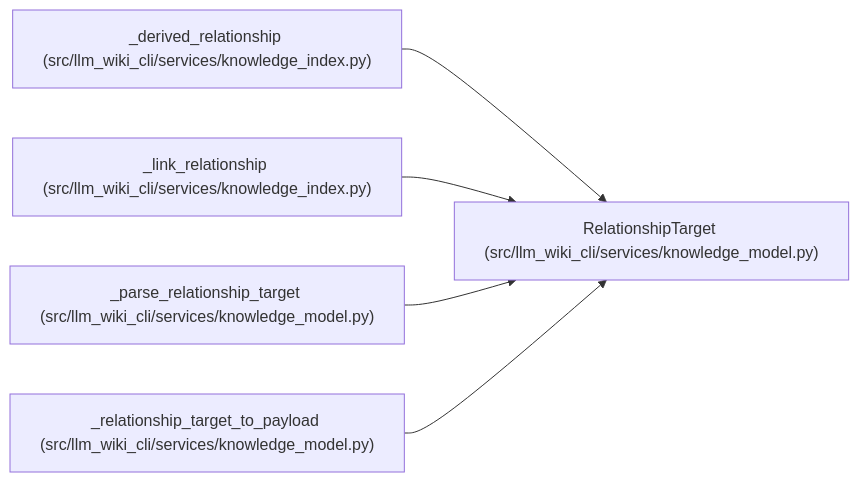
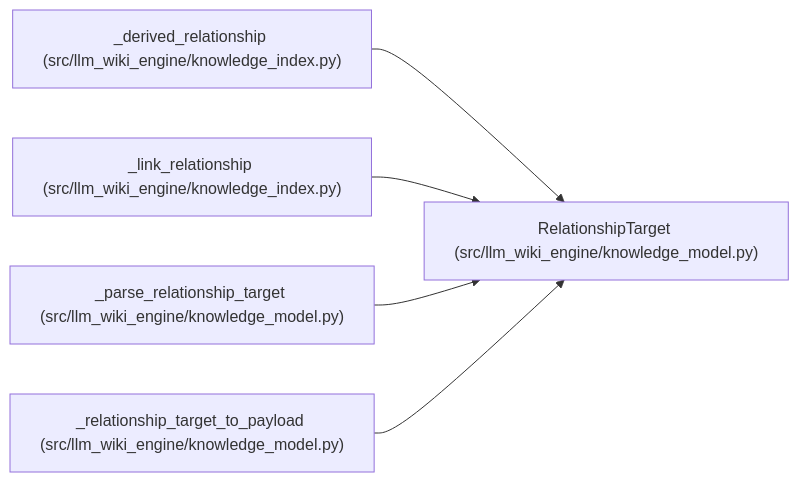
Before and after one commit to Denissvgn/python-wiki-llm: the diagram in docs/llm_wiki/entities/RelationshipTarget.md, drawn with Mermaid. The commit also changed other lines of this file and 1058 other files, not shown here.

First line of the commit message:
docs: refresh the wiki for the knowledge store move

````diff
--- a/docs/llm_wiki/entities/RelationshipTarget.md
+++ b/docs/llm_wiki/entities/RelationshipTarget.md
@@ -40,17 +40,17 @@
 ```mermaid
 flowchart LR
-    n0["RelationshipTarget (src/llm_wiki_cli/services/knowledge_model.py)"]
-    n1["_derived_relationship (src/llm_wiki_cli/services/knowledge_index.py)"]
-    n2["_link_relationship (src/llm_wiki_cli/services/knowledge_index.py)"]
-    n3["_parse_relationship_target (src/llm_wiki_cli/services/knowledge_model.py)"]
-    n4["_relationship_target_to_payload (src/llm_wiki_cli/services/knowledge_model.py)"]
+    n0["RelationshipTarget (src/llm_wiki_engine/knowledge_model.py)"]
+    n1["_derived_relationship (src/llm_wiki_engine/knowledge_index.py)"]
+    n2["_link_relationship (src/llm_wiki_engine/knowledge_index.py)"]
+    n3["_parse_relationship_target (src/llm_wiki_engine/knowledge_model.py)"]
+    n4["_relationship_target_to_payload (src/llm_wiki_engine/knowledge_model.py)"]
     n1 --> n0
     n2 --> n0
     n3 --> n0
     n4 --> n0
     click n0 "../modules/knowledge_model.md"
     click n1 "../modules/knowledge_index.md"
     click n2 "../modules/knowledge_index.md"
     click n3 "../modules/knowledge_model.md"
     click n4 "../modules/knowledge_model.md"
 ```
````
